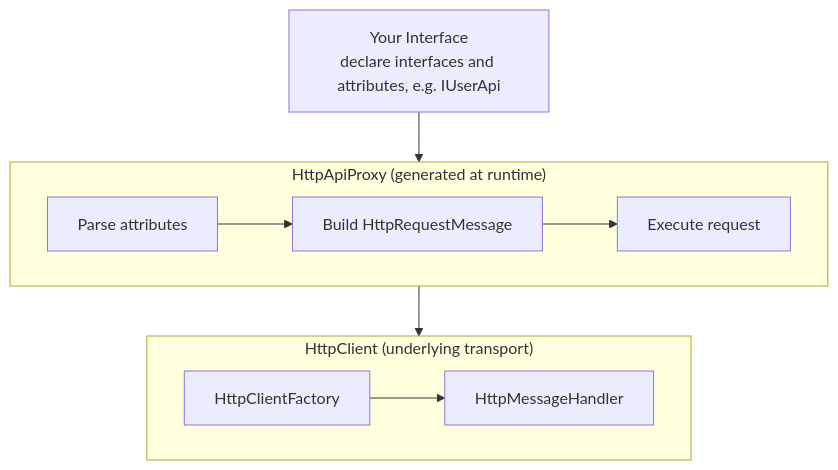
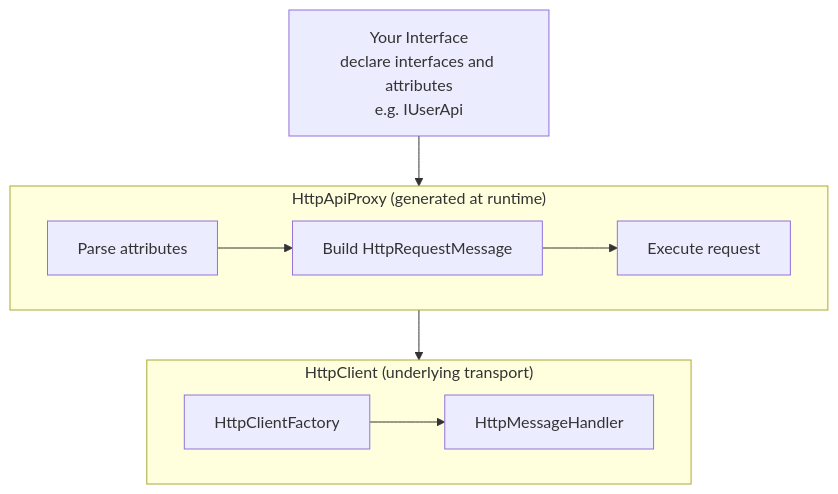
One commit to WebApiClient/WebApiClientWiki changed the first of 2 diagrams in docs/en/guide/overview/architecture.md. Above: the diagram before and after it, drawn with Mermaid. The commit also changed other lines of this file and 5 other files, not shown here.

First line of the commit message:
feat: 版式宽窄开关 + mermaid 图表渲染修复

````diff
--- a/docs/en/guide/overview/architecture.md
+++ b/docs/en/guide/overview/architecture.md
@@ -36,14 +36,14 @@
 ```mermaid
 flowchart TD
-    I["Your Interface<br/>declare interfaces and attributes, e.g. IUserApi"]
+    I["Your Interface<br/>declare interfaces and attributes<br/>e.g. IUserApi"]
     subgraph Proxy["HttpApiProxy (generated at runtime)"]
         direction LR
         P1["Parse attributes"] --> P2["Build HttpRequestMessage"] --> P3["Execute request"]
     end
     subgraph Client["HttpClient (underlying transport)"]
         direction LR
         C1["HttpClientFactory"] --> C2["HttpMessageHandler"]
     end
     I --> Proxy
     Proxy --> Client
 ```
````
